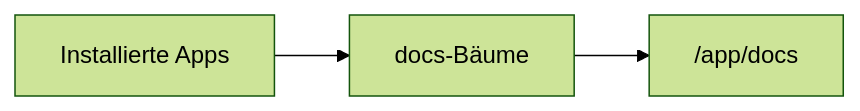
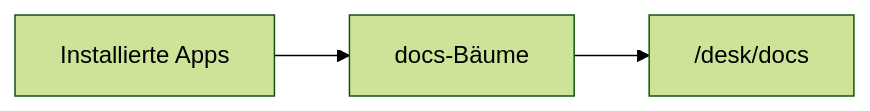
Before and after one commit to alyf-de/compendium: the diagram in compendium/docs/de/compendium/docs/authoring.md, drawn with Mermaid (forest theme). The commit also changed other lines of this file and 7 other files, not shown here.

Commit message:
docs: replace /app with /desk

````diff
--- a/compendium/docs/de/compendium/docs/authoring.md
+++ b/compendium/docs/de/compendium/docs/authoring.md
@@ -97,5 +97,5 @@
 ```mermaid
 flowchart LR
   apps[Installierte Apps] --> tree[docs-Bäume]
-  tree --> desk["/app/docs"]
+  tree --> desk["/desk/docs"]
 ```
````
